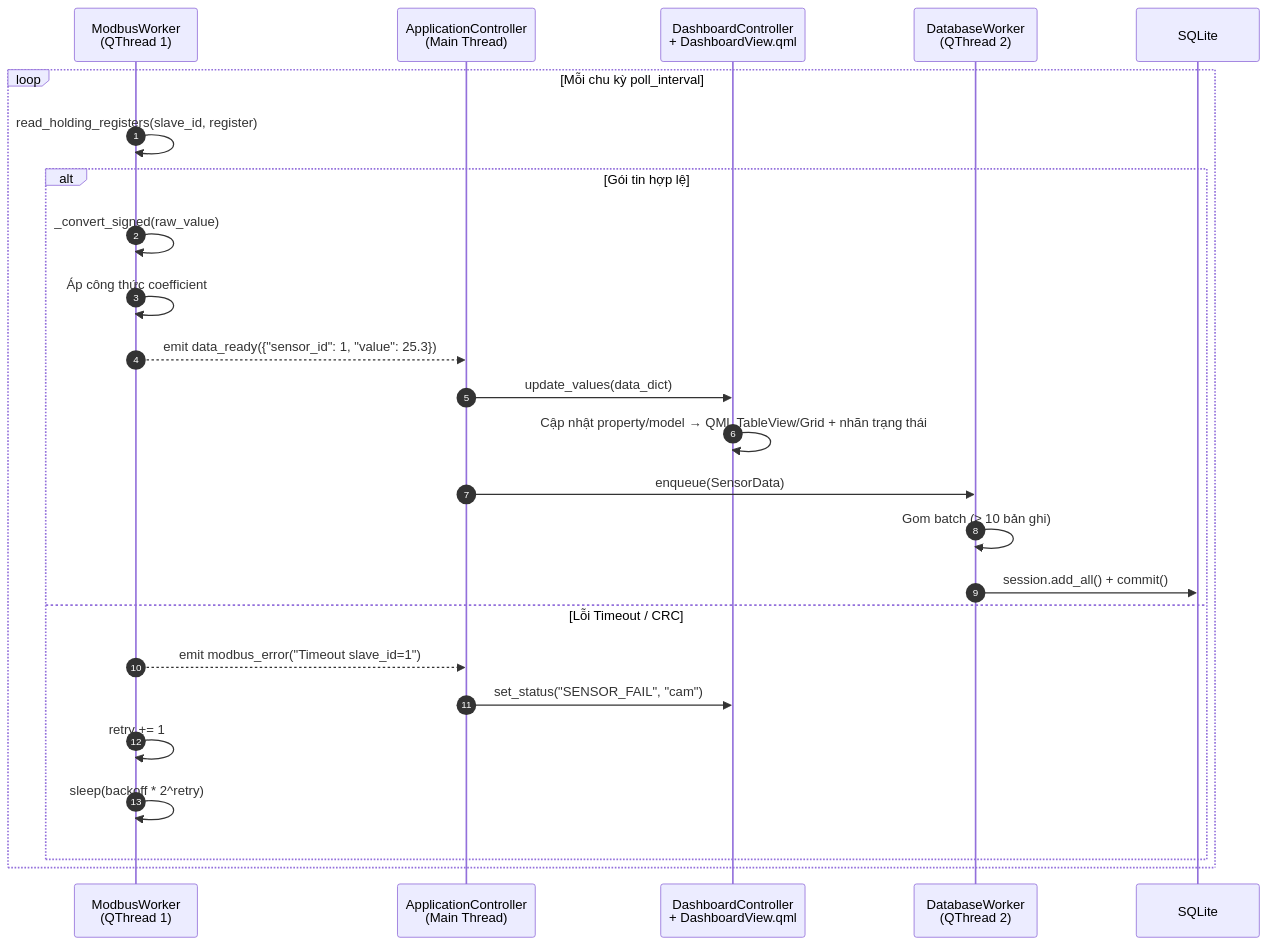
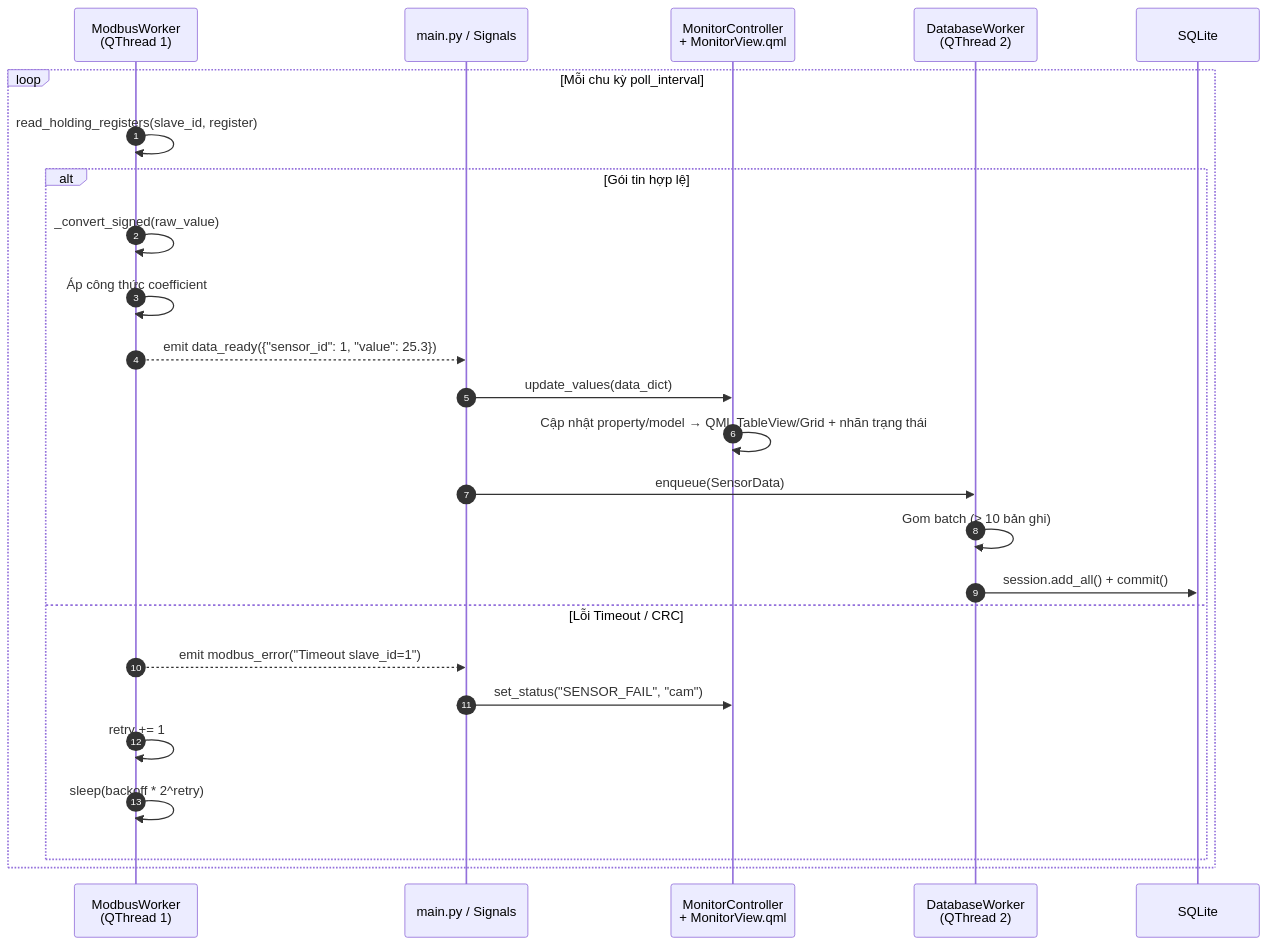
One commit to quytttb/data-logger changed the fifth of 6 diagrams in plan/report/3_thiet_ke_he_thong.md. Above: the diagram before and after it, drawn with Mermaid. The commit also changed other lines of this file and 50 other files, not shown here.

Commit message:
feat: rename Dashboard→Monitor, add DatePicker, center grid, fix QML warnings, remove i18n, add setup.sh

````diff
--- a/plan/report/3_thiet_ke_he_thong.md
+++ b/plan/report/3_thiet_ke_he_thong.md
@@ -545,30 +531,30 @@
 ```mermaid
 sequenceDiagram
     autonumber
     participant MW as ModbusWorker<br>(QThread 1)
-    participant Main as ApplicationController<br>(Main Thread)
-    participant Dash as DashboardController<br>+ DashboardView.qml
+    participant Main as main.py / Signals
+    participant Dash as MonitorController<br>+ MonitorView.qml
     participant DBW as DatabaseWorker<br>(QThread 2)
     participant DB as SQLite
 
     loop Mỗi chu kỳ poll_interval
         MW->>MW: read_holding_registers(slave_id, register)
 
         alt Gói tin hợp lệ
             MW->>MW: _convert_signed(raw_value)
             MW->>MW: Áp công thức coefficient
             MW-->>Main: emit data_ready({"sensor_id": 1, "value": 25.3})
             Main->>Dash: update_values(data_dict)
             Dash->>Dash: Cập nhật property/model → QML TableView/Grid + nhãn trạng thái
             Main->>DBW: enqueue(SensorData)
             DBW->>DBW: Gom batch (≥ 10 bản ghi)
             DBW->>DB: session.add_all() + commit()
 
         else Lỗi Timeout / CRC
             MW-->>Main: emit modbus_error("Timeout slave_id=1")
             Main->>Dash: set_status("SENSOR_FAIL", "cam")
             MW->>MW: retry += 1
             MW->>MW: sleep(backoff * 2^retry)
         end
     end
 ```
````
